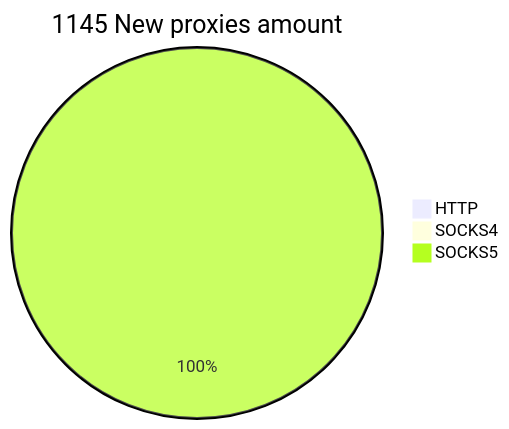
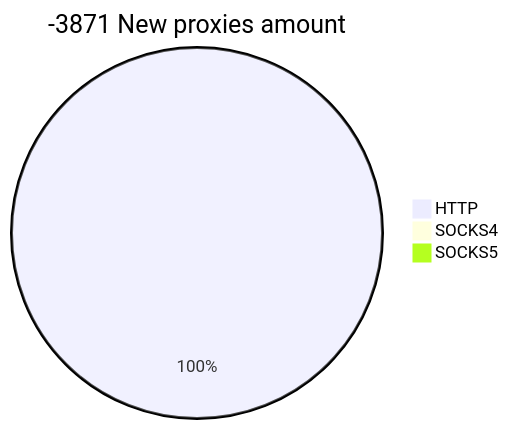
Before and after one commit to cutipu/proxylist: the second of 2 diagrams in README.md, drawn with Mermaid. The commit also changed other lines of this file, not shown here.

````diff
--- a/README.md
+++ b/README.md
@@ -10,6 +10,6 @@
 ```mermaid
-pie title 1145 New proxies amount
-    "HTTP" : 0
+pie title -3871 New proxies amount
+    "HTTP" : 23
     "SOCKS4" : 0
-    "SOCKS5" : 1195
+    "SOCKS5" : 0
 ```
````
